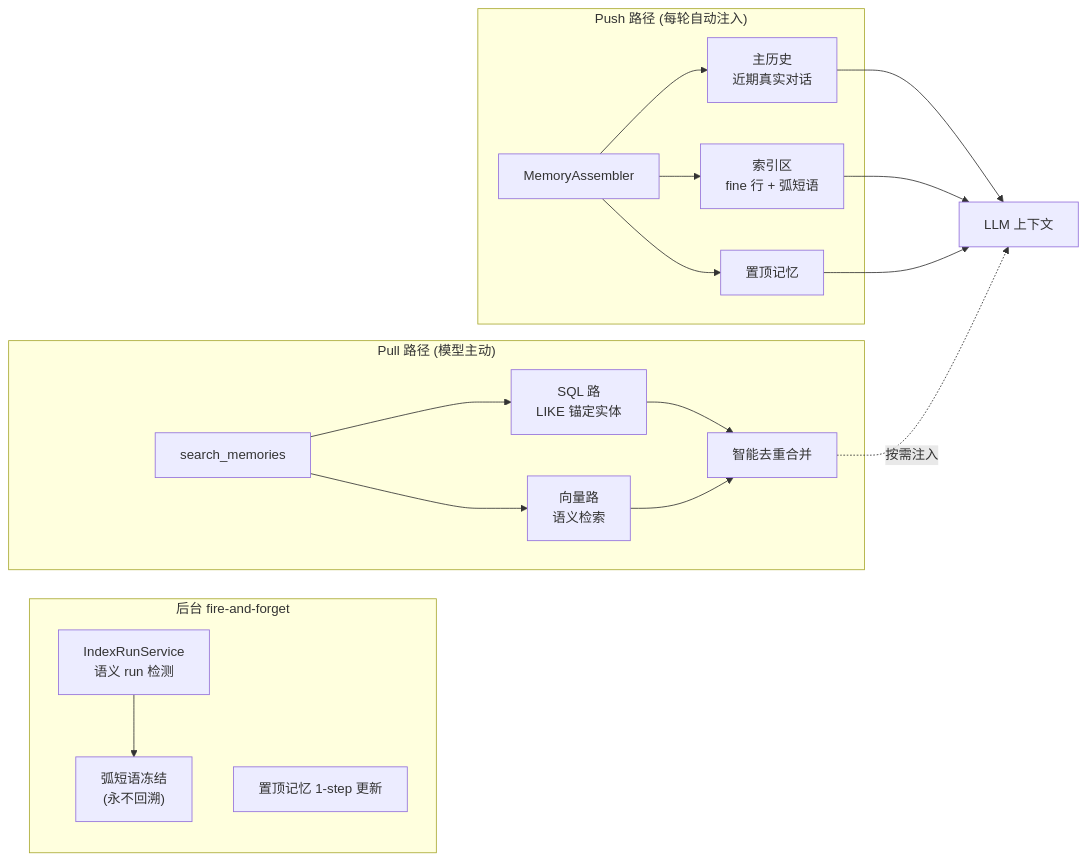
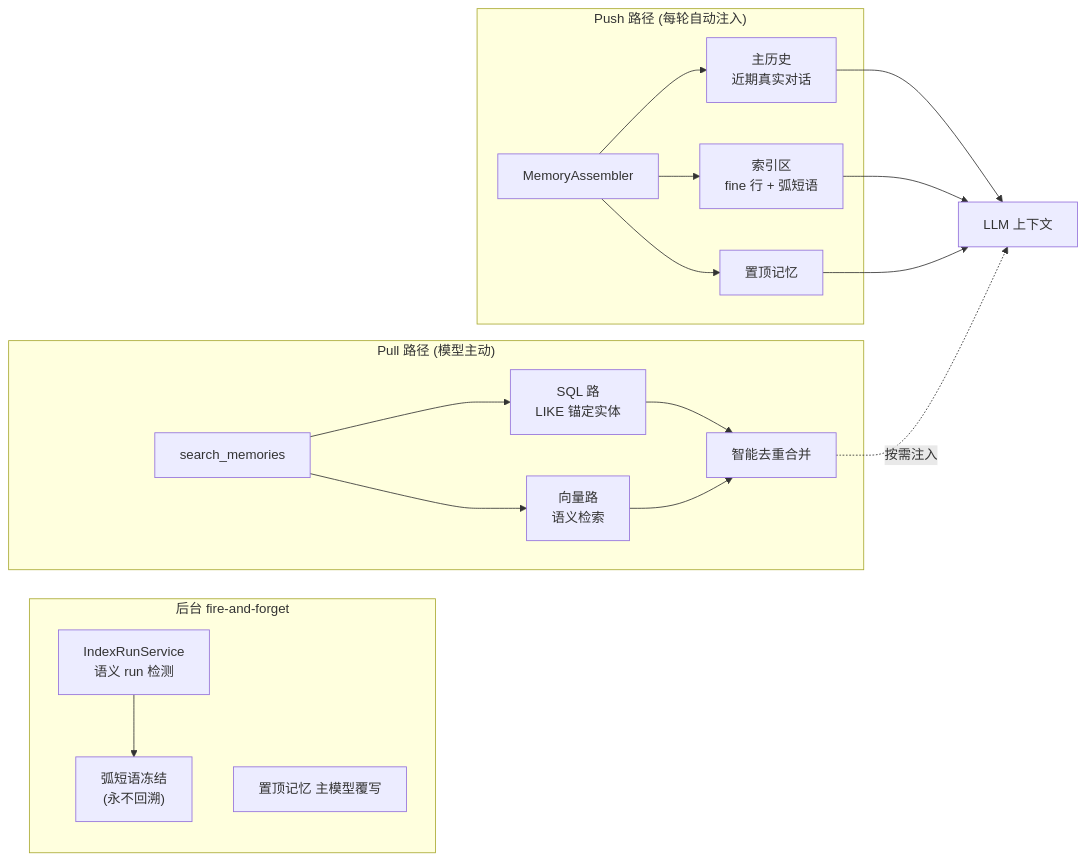
The diagram in README.md (ttbj2023/assistant-public), drawn with Mermaid before and after one commit. The commit also changed other lines of this file and 137 other files, not shown here.

````diff
--- a/README.md
+++ b/README.md
@@ -83,25 +83,25 @@
 ```mermaid
 flowchart LR
     subgraph Push["Push 路径 (每轮自动注入)"]
         A["MemoryAssembler"] --> B["主历史<br/>近期真实对话"]
         A --> C["索引区<br/>fine 行 + 弧短语"]
         A --> D["置顶记忆"]
     end
 
     subgraph BG["后台 fire-and-forget"]
         E["IndexRunService<br/>语义 run 检测"] --> F["弧短语冻结<br/>(永不回溯)"]
-        G["置顶记忆 1-step 更新"]
+        G["置顶记忆 主模型覆写"]
     end
 
     subgraph Pull["Pull 路径 (模型主动)"]
         H["search_memories"] --> I["SQL 路<br/>LIKE 锚定实体"]
         H --> J["向量路<br/>语义检索"]
         I --> K["智能去重合并"]
         J --> K
     end
 
     B --> L["LLM 上下文"]
     C --> L
     D --> L
     K -.->|按需注入| L
 ```
````
